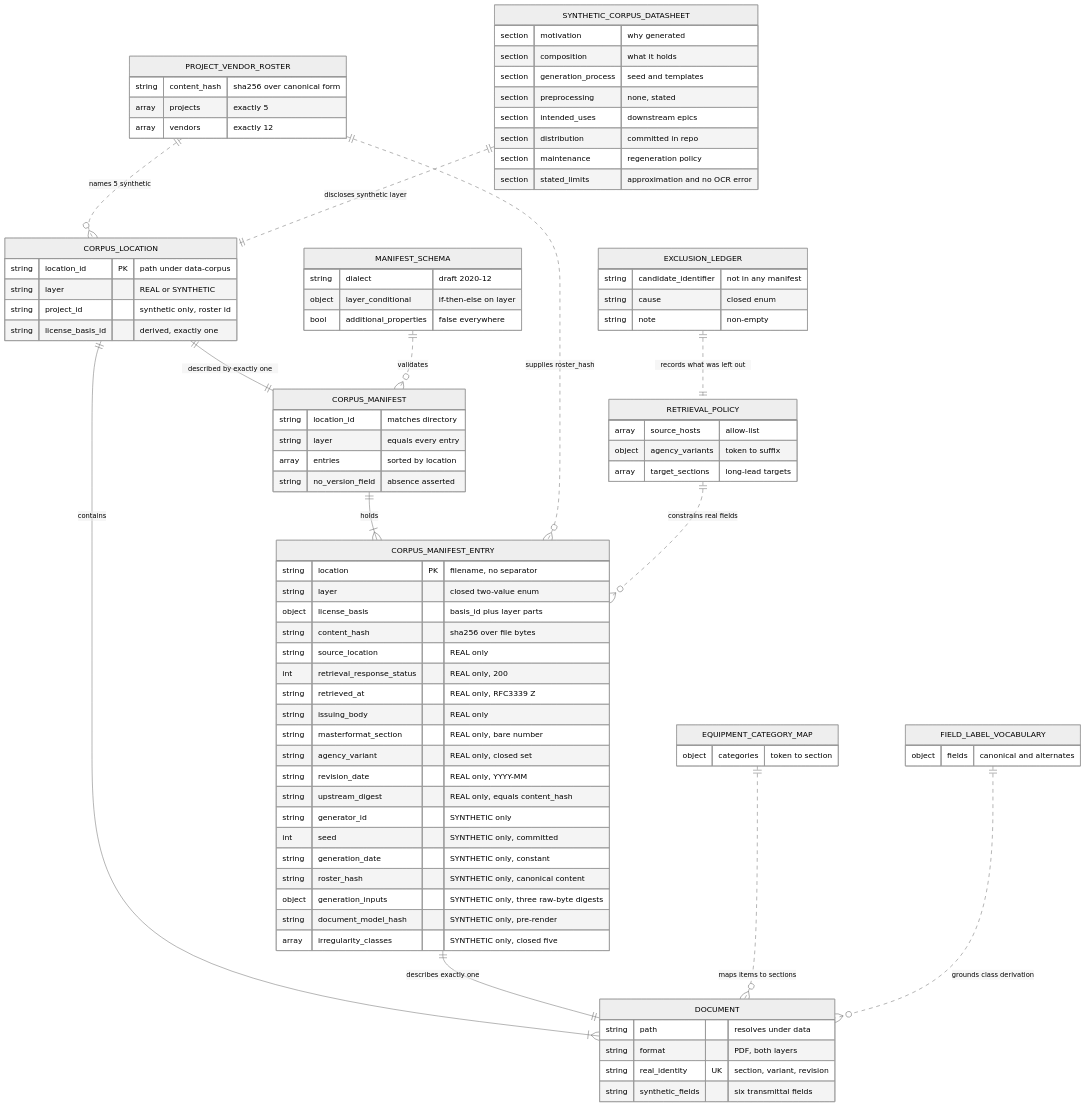
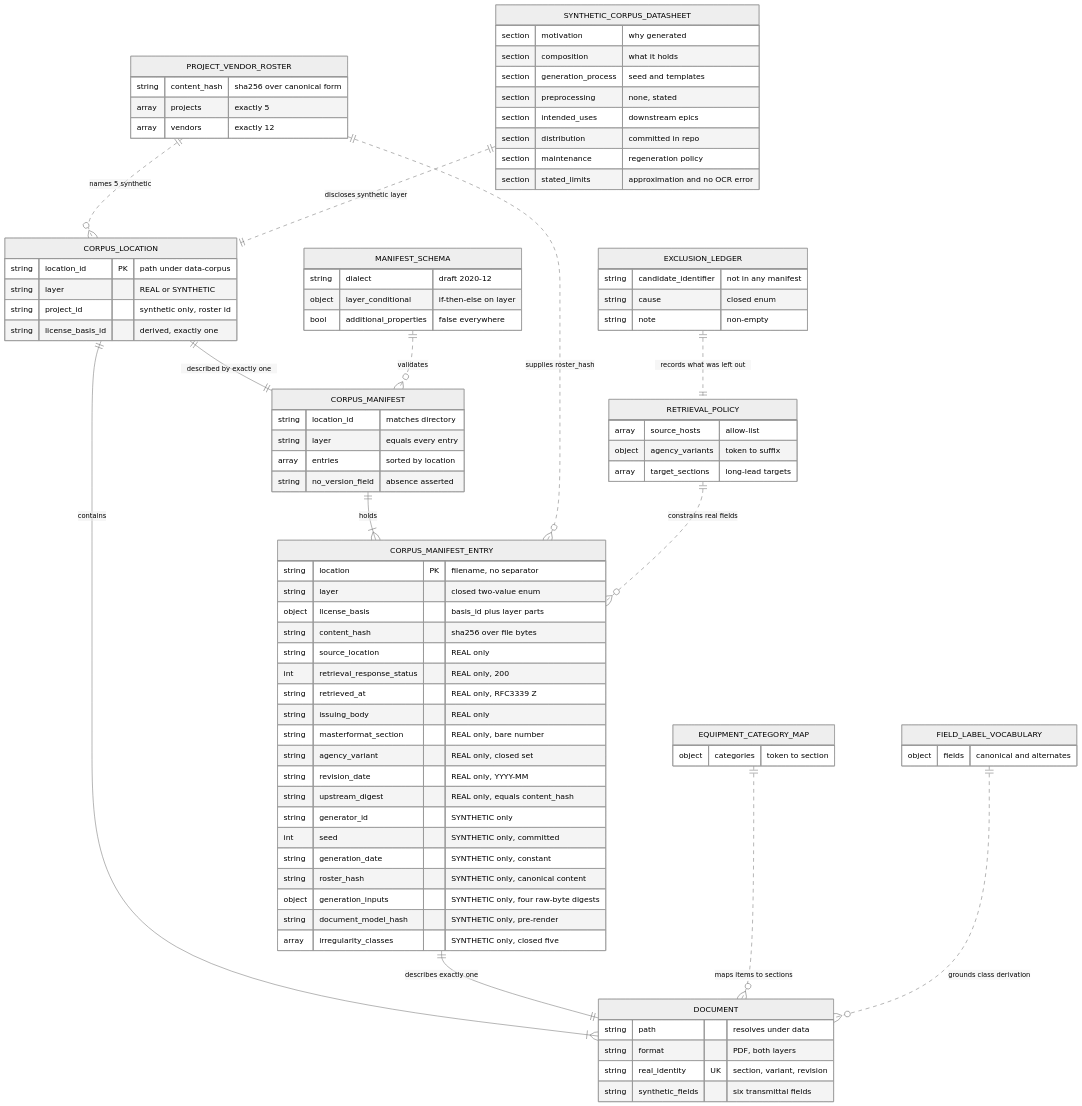
One commit to jsh562/Procurement-Risk changed the diagram in specs/00002-public-corpus-and-manifest/data-model.md. Above: the diagram before and after it, drawn with Mermaid (neutral theme). The commit also changed other lines of this file and 56 other files, not shown here.

```diff
--- a/specs/00002-public-corpus-and-manifest/data-model.md
+++ b/specs/00002-public-corpus-and-manifest/data-model.md
@@ -359,7 +365,7 @@
         int seed "SYNTHETIC only, committed"
         string generation_date "SYNTHETIC only, constant"
         string roster_hash "SYNTHETIC only, canonical content"
-        object generation_inputs "SYNTHETIC only, three raw-byte digests"
+        object generation_inputs "SYNTHETIC only, four raw-byte digests"
         string document_model_hash "SYNTHETIC only, pre-render"
         array irregularity_classes "SYNTHETIC only, closed five"
     }
```
